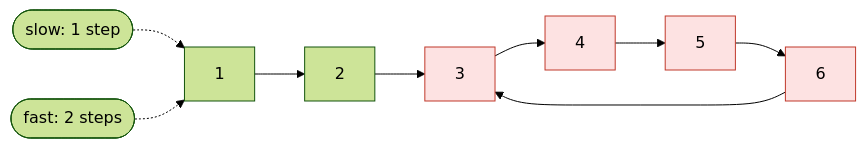
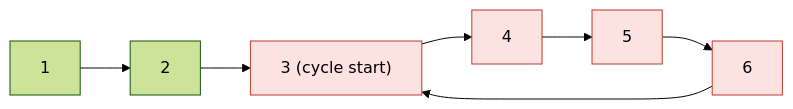
Before and after one commit to IhebBelhadj/second_brain: the second of 2 diagrams in Areas/Data structures and algorithms/Data structures/Linked list.md, drawn with Mermaid (forest theme). The commit also changed other lines of this file and 9 other files, not shown here.

````diff
--- a/Areas/Data structures and algorithms/Data structures/Linked list.md
+++ b/Areas/Data structures and algorithms/Data structures/Linked list.md
@@ -162,10 +128,8 @@
 ```mermaid
 flowchart LR
-    A["1"] --> B["2"] --> C["3"] --> D["4"] --> E["5"] --> F["6"]
+    A["1"] --> B["2"] --> C["3 (cycle start)"] --> D["4"] --> E["5"] --> F["6"]
     F --> C
-    S(["slow: 1 step"]) -.-> A
-    FA(["fast: 2 steps"]) -.-> A
 
     classDef cyc fill:#fde2e2,stroke:#c0392b,color:#000
     class C,D,E,F cyc
 ```
````
